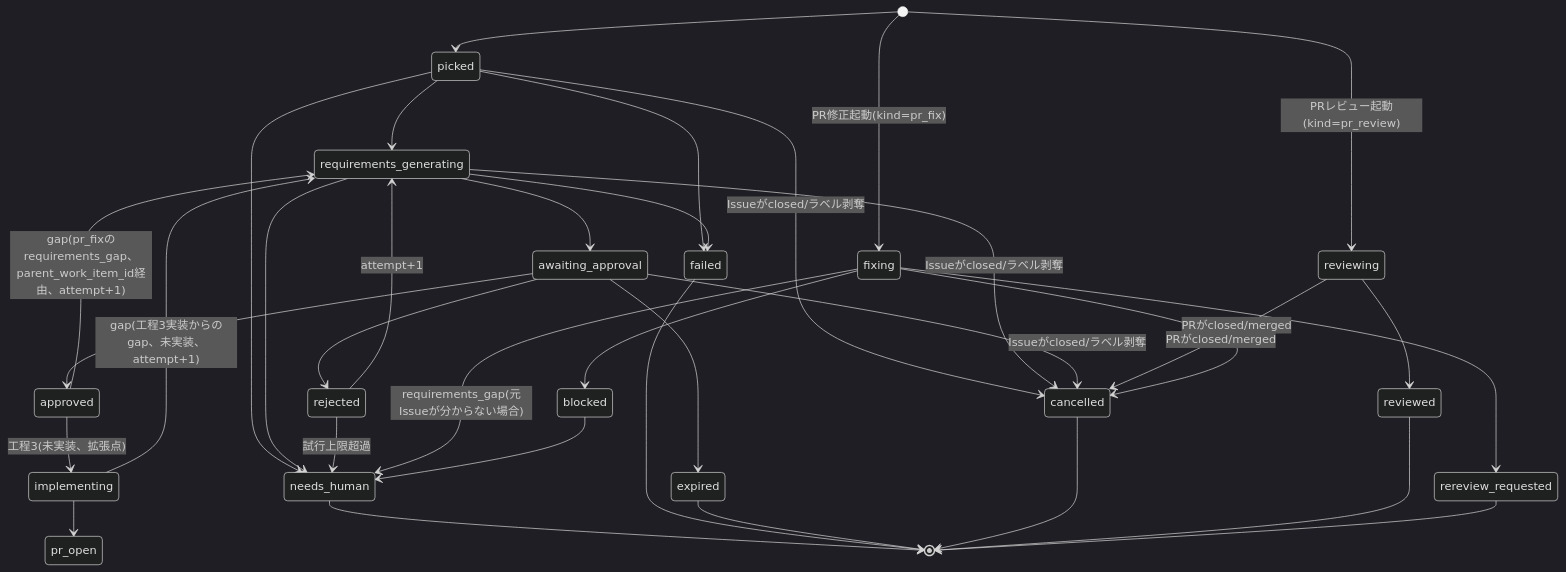
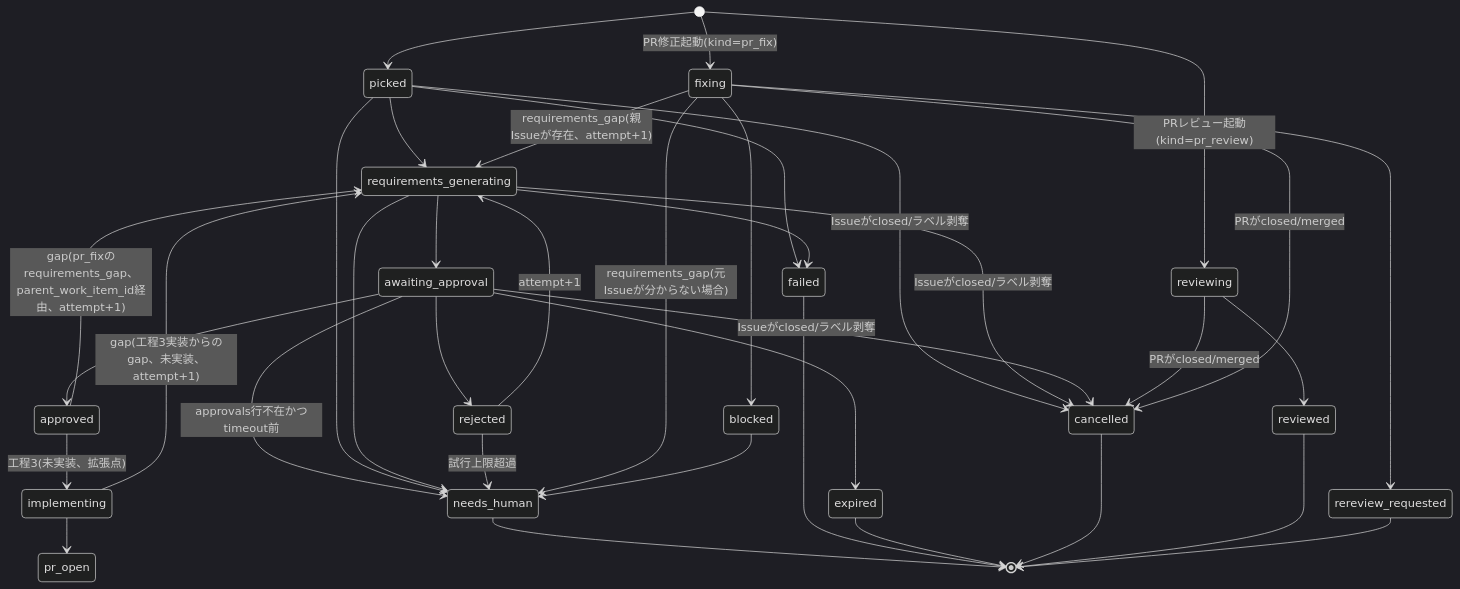
The second of 2 diagrams in docs/architecture.md (u-stem/atelier-works), drawn with Mermaid (dark theme) before and after one commit. The commit also changed other lines of this file and 92 other files, not shown here.

````diff
--- a/docs/architecture.md
+++ b/docs/architecture.md
@@ -42,37 +44,39 @@
 ```mermaid
 stateDiagram-v2
     [*] --> picked
     picked --> requirements_generating
     requirements_generating --> awaiting_approval
     awaiting_approval --> approved
     awaiting_approval --> rejected
     rejected --> requirements_generating: attempt+1
     awaiting_approval --> expired
+    awaiting_approval --> needs_human: approvals行不在かつtimeout前
     picked --> needs_human
     requirements_generating --> needs_human
     rejected --> needs_human: 試行上限超過
     picked --> failed
     requirements_generating --> failed
     picked --> cancelled: Issueがclosed/ラベル剥奪
     requirements_generating --> cancelled: Issueがclosed/ラベル剥奪
     awaiting_approval --> cancelled: Issueがclosed/ラベル剥奪
     approved --> implementing: 工程3(未実装、拡張点)
     implementing --> requirements_generating: gap(工程3実装からのgap、未実装、attempt+1)
     implementing --> pr_open
     approved --> requirements_generating: gap(pr_fixのrequirements_gap、parent_work_item_id経由、attempt+1)
     [*] --> reviewing: PRレビュー起動(kind=pr_review)
     reviewing --> reviewed
     reviewing --> cancelled: PRがclosed/merged
     [*] --> fixing: PR修正起動(kind=pr_fix)
     fixing --> rereview_requested
     fixing --> blocked
+    fixing --> requirements_generating: requirements_gap(親Issueが存在、attempt+1)
     fixing --> needs_human: requirements_gap(元Issueが分からない場合)
     fixing --> cancelled: PRがclosed/merged
     blocked --> needs_human
     needs_human --> [*]
     failed --> [*]
     expired --> [*]
     cancelled --> [*]
     reviewed --> [*]
     rereview_requested --> [*]
 ```
````
